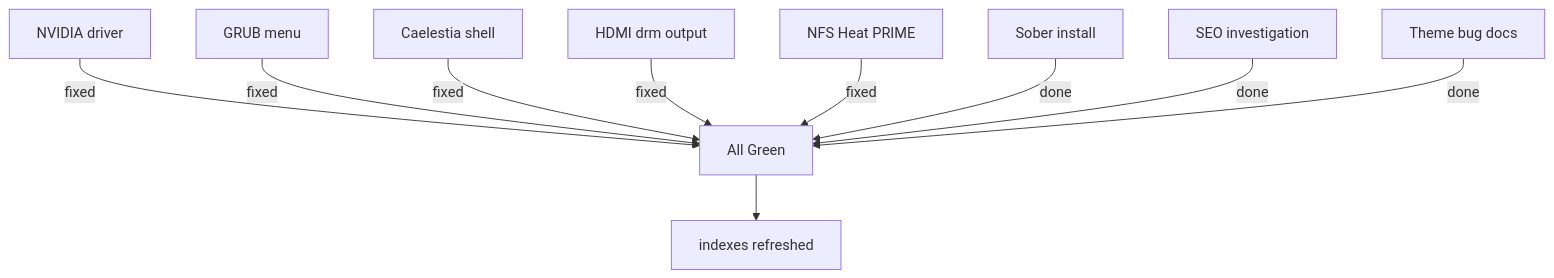
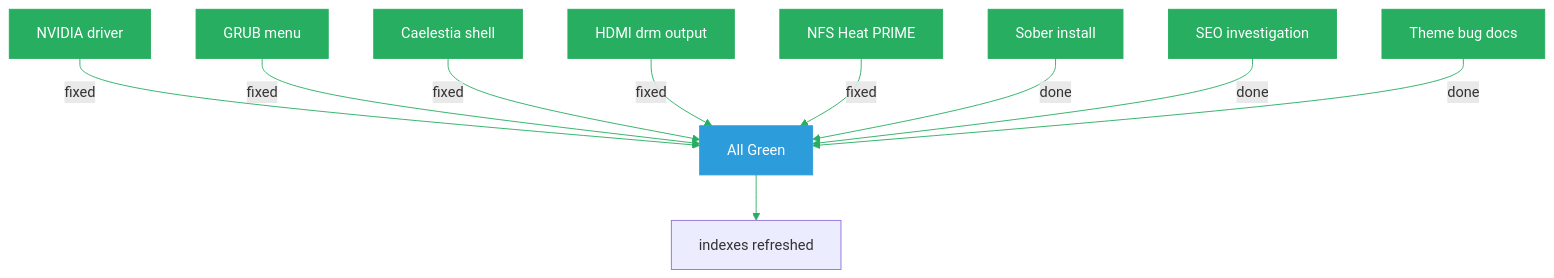
The fourth of 9 diagrams in Graphs/Vault-Overview.md (444Nazky/My-Vault), drawn with Mermaid before and after one commit. The commit also changed other lines of this file and 15 other files, not shown here.

````diff
--- a/Graphs/Vault-Overview.md
+++ b/Graphs/Vault-Overview.md
@@ -57,12 +75,22 @@
 ```mermaid
+%%{init: {'theme': 'default', 'themeVariables': { 'primaryColor': '#27AE60', 'lineColor': '#27AE60'}}}%%
 flowchart TD
  A["NVIDIA driver"] -->|"fixed"| Z["All Green"]
  B["GRUB menu"] -->|"fixed"| Z
  C["Caelestia shell"] -->|"fixed"| Z
  D["HDMI drm output"] -->|"fixed"| Z
  E["NFS Heat PRIME"] -->|"fixed"| Z
  F["Sober install"] -->|"done"| Z
  G["SEO investigation"] -->|"done"| Z
  H["Theme bug docs"] -->|"done"| Z
  Z --> I["indexes refreshed"]
+ style A fill:#27AE60,stroke:#27AE60,color:#fff
+ style B fill:#27AE60,stroke:#27AE60,color:#fff
+ style C fill:#27AE60,stroke:#27AE60,color:#fff
+ style D fill:#27AE60,stroke:#27AE60,color:#fff
+ style E fill:#27AE60,stroke:#27AE60,color:#fff
+ style F fill:#27AE60,stroke:#27AE60,color:#fff
+ style G fill:#27AE60,stroke:#27AE60,color:#fff
+ style H fill:#27AE60,stroke:#27AE60,color:#fff
+ style Z fill:#2D9CDB,stroke:#2D9CDB,color:#fff
 ```
````
